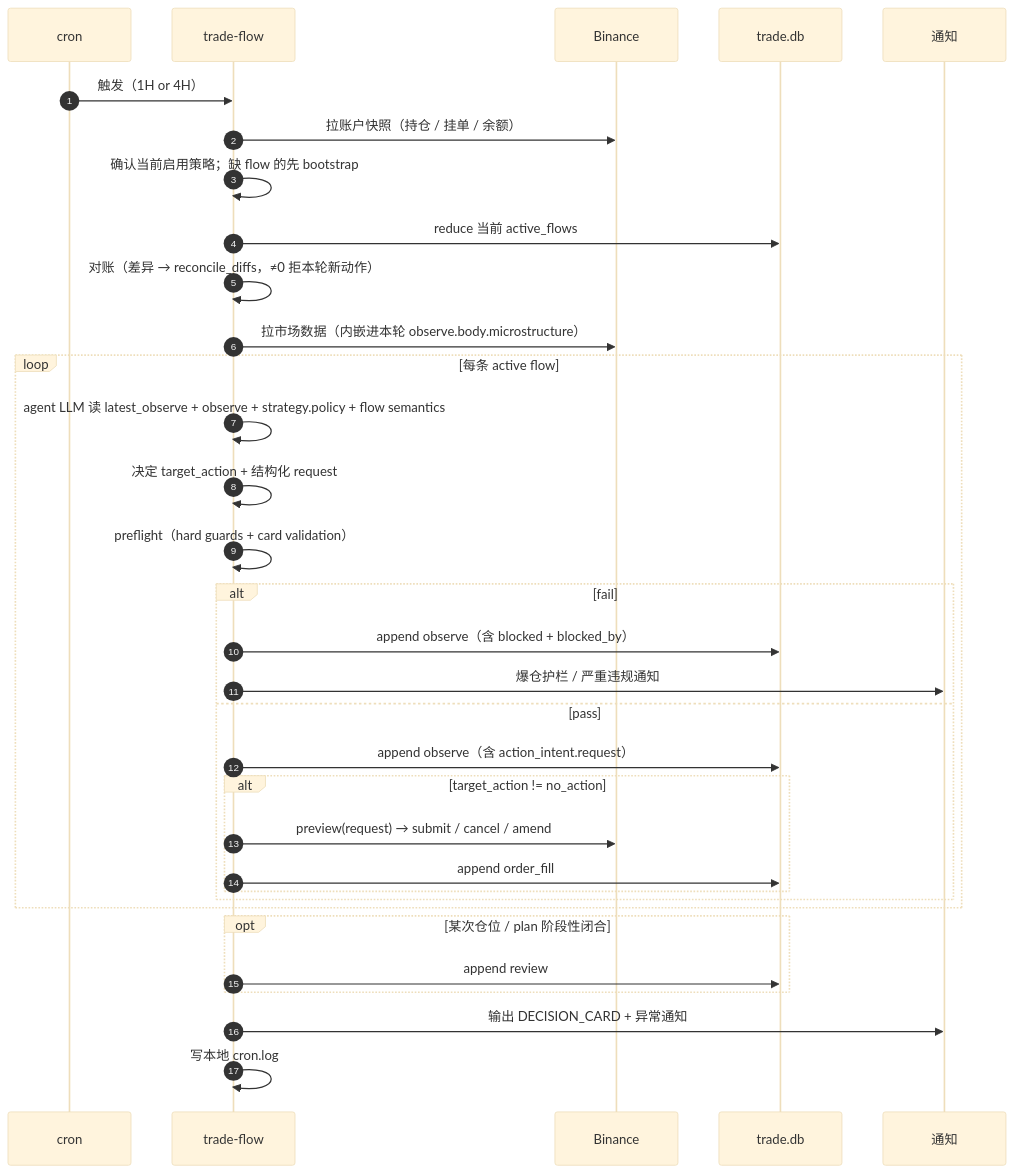
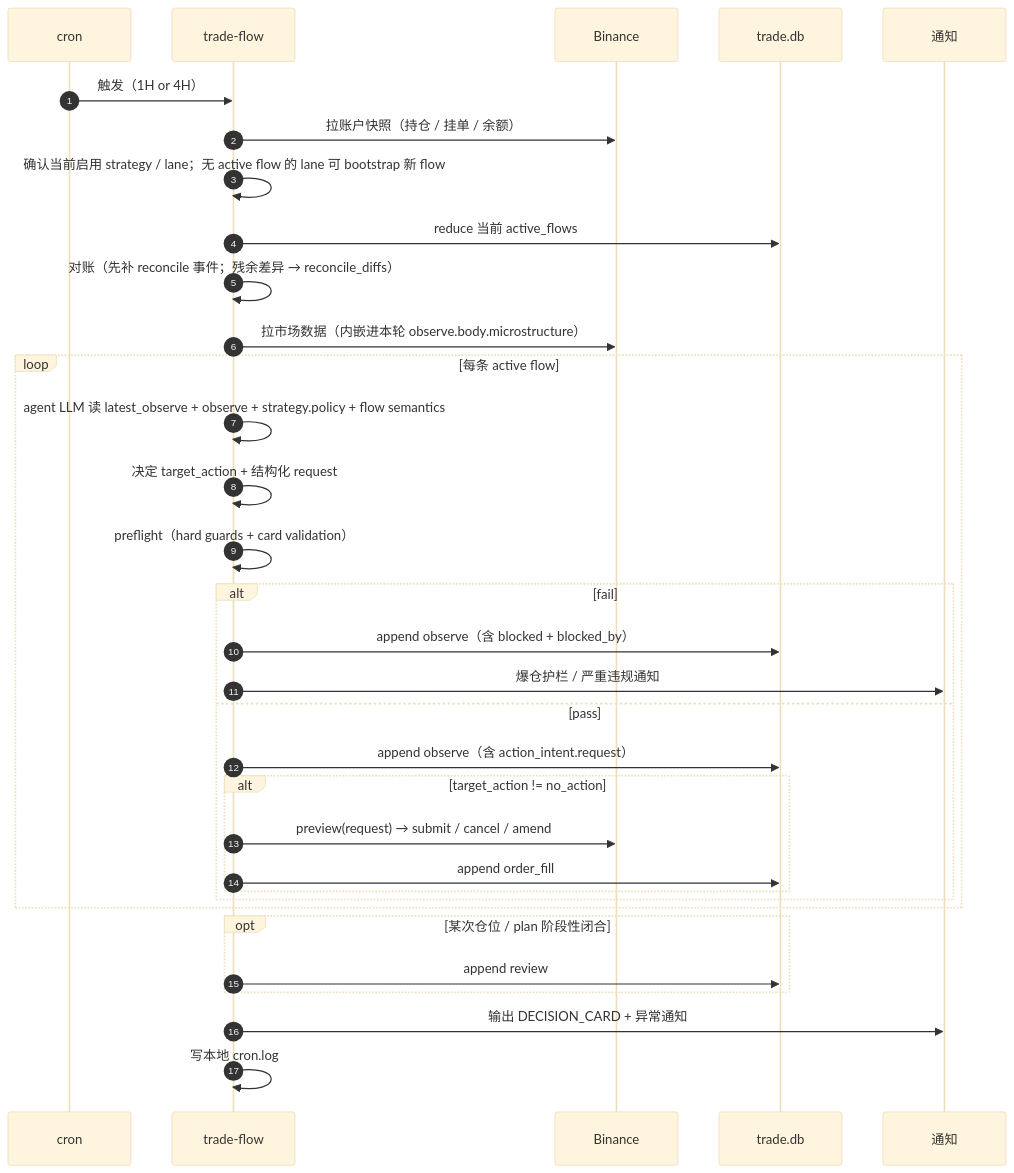
Before and after one commit to qOeOp/trade: the diagram in docs/design-architecture.md, drawn with Mermaid (base theme). The commit also changed other lines of this file and 4 other files, not shown here.

Commit message:
Refine flow and reconcile handling in trade docs

````diff
--- a/docs/design-architecture.md
+++ b/docs/design-architecture.md
@@ -282,39 +302,39 @@
 ```mermaid
 sequenceDiagram
     autonumber
     participant C as cron
     participant TF as trade-flow
     participant BN as Binance
     participant DB as trade.db
     participant N as 通知
 
     C->>TF: 触发（1H or 4H）
     TF->>BN: 拉账户快照（持仓 / 挂单 / 余额）
-    TF->>TF: 确认当前启用策略；缺 flow 的先 bootstrap
+    TF->>TF: 确认当前启用 strategy / lane；无 active flow 的 lane 可 bootstrap 新 flow
     TF->>DB: reduce 当前 active_flows
-    TF->>TF: 对账（差异 → reconcile_diffs，≠0 拒本轮新动作）
+    TF->>TF: 对账（先补 reconcile 事件；残余差异 → reconcile_diffs）
     TF->>BN: 拉市场数据（内嵌进本轮 observe.body.microstructure）
 
     loop 每条 active flow
         TF->>TF: agent LLM 读 latest_observe + observe + strategy.policy + flow semantics
         TF->>TF: 决定 target_action + 结构化 request
         TF->>TF: preflight（hard guards + card validation）
         alt fail
             TF->>DB: append observe（含 blocked + blocked_by）
             TF->>N: 爆仓护栏 / 严重违规通知
         else pass
             TF->>DB: append observe（含 action_intent.request）
             alt target_action != no_action
                 TF->>BN: preview(request) → submit / cancel / amend
                 TF->>DB: append order_fill
             end
         end
     end
 
     opt 某次仓位 / plan 阶段性闭合
         TF->>DB: append review
     end
 
     TF->>N: 输出 DECISION_CARD + 异常通知
     TF->>TF: 写本地 cron.log
 ```
````
